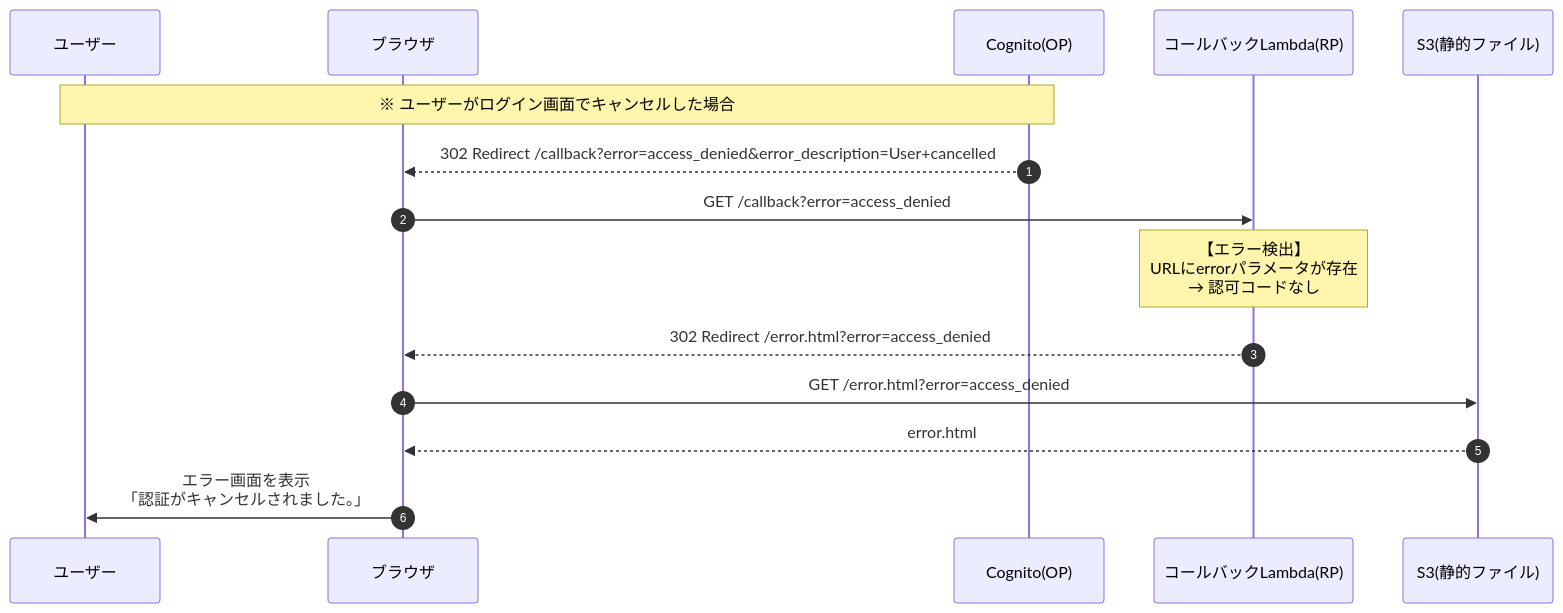
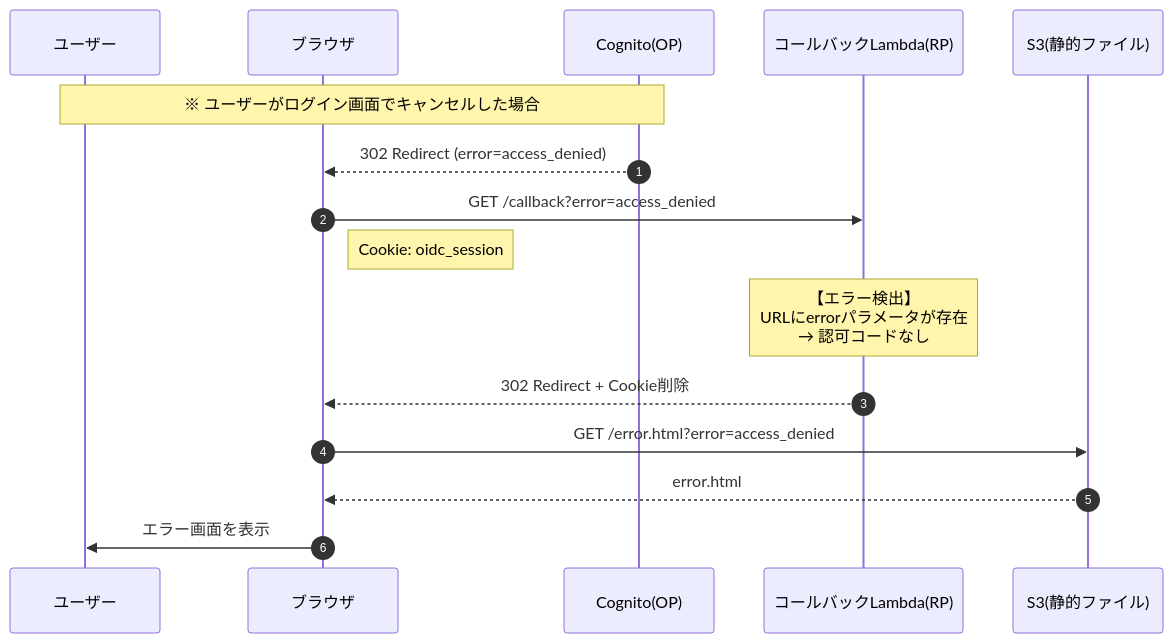
One commit to kasiopeiya/oidc-learning-sandbox changed the fourth of 5 diagrams in docs/backend-design.md. Above: the diagram before and after it, drawn with Mermaid. The commit also changed other lines of this file and 8 other files, not shown here.

````diff
--- a/docs/backend-design.md
+++ b/docs/backend-design.md
@@ -114,21 +158,22 @@
 ```mermaid
 sequenceDiagram
     autonumber
     participant User as ユーザー
     participant Browser as ブラウザ
     participant OP as Cognito(OP)
     participant L2 as コールバックLambda(RP)
     participant S3 as S3(静的ファイル)
 
     Note over User,OP: ※ ユーザーがログイン画面でキャンセルした場合
 
-    OP-->>Browser: 302 Redirect /callback?error=access_denied&error_description=User+cancelled
+    OP-->>Browser: 302 Redirect (error=access_denied)
     Browser->>L2: GET /callback?error=access_denied
-    
+    Note right of Browser: Cookie: oidc_session
+
     Note over L2: 【エラー検出】<br/>URLにerrorパラメータが存在<br/>→ 認可コードなし
 
-    L2-->>Browser: 302 Redirect /error.html?error=access_denied
+    L2-->>Browser: 302 Redirect + Cookie削除
     Browser->>S3: GET /error.html?error=access_denied
     S3-->>Browser: error.html
-    Browser->>User: エラー画面を表示<br/>「認証がキャンセルされました。」
+    Browser->>User: エラー画面を表示
 ```
````
